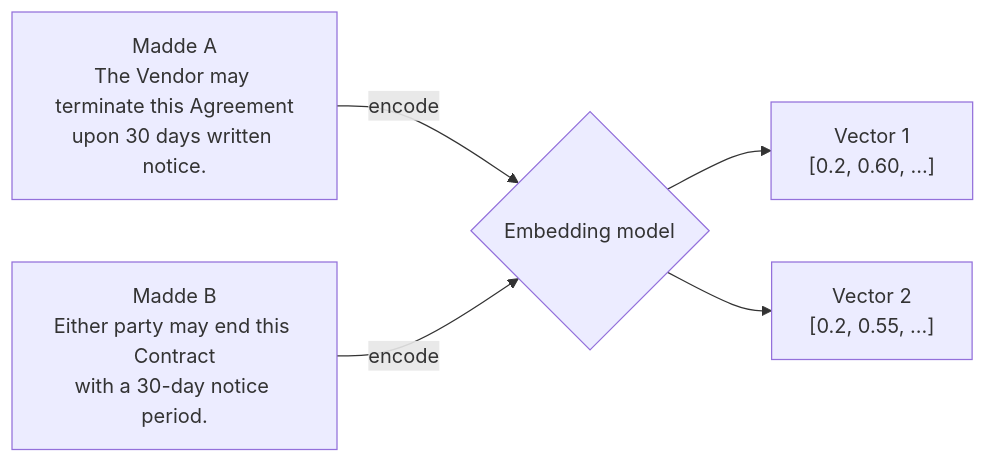
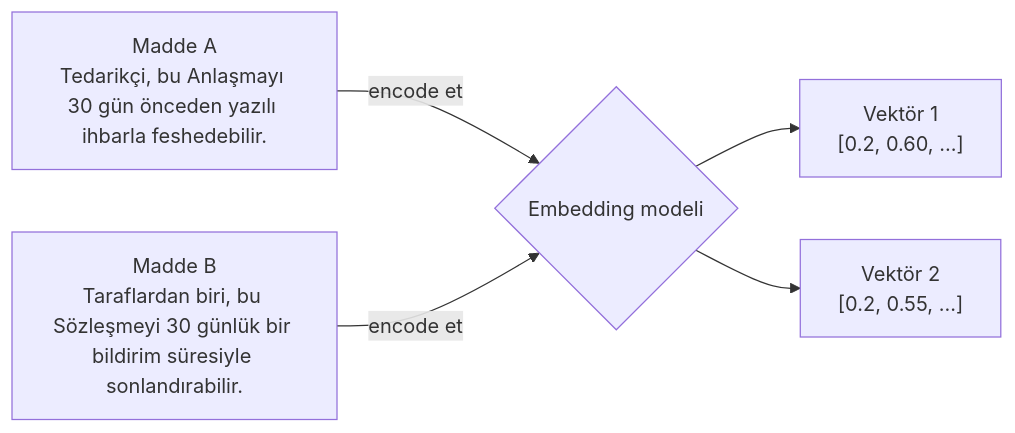
The third of 5 diagrams in mini-courses/1_fundamentals/rag_tr.md (lokumai/ai-engineering-bazaar), drawn with Mermaid before and after one commit. The commit also changed other lines of this file and 63 other files, not shown here.

````diff
--- a/mini-courses/1_fundamentals/rag_tr.md
+++ b/mini-courses/1_fundamentals/rag_tr.md
@@ -104,7 +78,7 @@
 ```mermaid
 graph LR
-    A["Madde A<br/>The Vendor may terminate this Agreement<br/>upon 30 days written notice."] -->|encode| M{Embedding model}
-    B["Madde B<br/>Either party may end this Contract<br/>with a 30-day notice period."] -->|encode| M
-    M --> V1["Vector 1<br/>[0.2, 0.60, ...]"]
-    M --> V2["Vector 2<br/>[0.2, 0.55, ...]"]
+    A["Madde A<br/>Tedarikçi, bu Anlaşmayı 30 gün önceden yazılı ihbarla feshedebilir."] -->|encode et| M{Embedding modeli}
+    B["Madde B<br/>Taraflardan biri, bu Sözleşmeyi 30 günlük bir bildirim süresiyle sonlandırabilir."] -->|encode et| M
+    M --> V1["Vektör 1<br/>[0.2, 0.60, ...]"]
+    M --> V2["Vektör 2<br/>[0.2, 0.55, ...]"]
 ```
````
